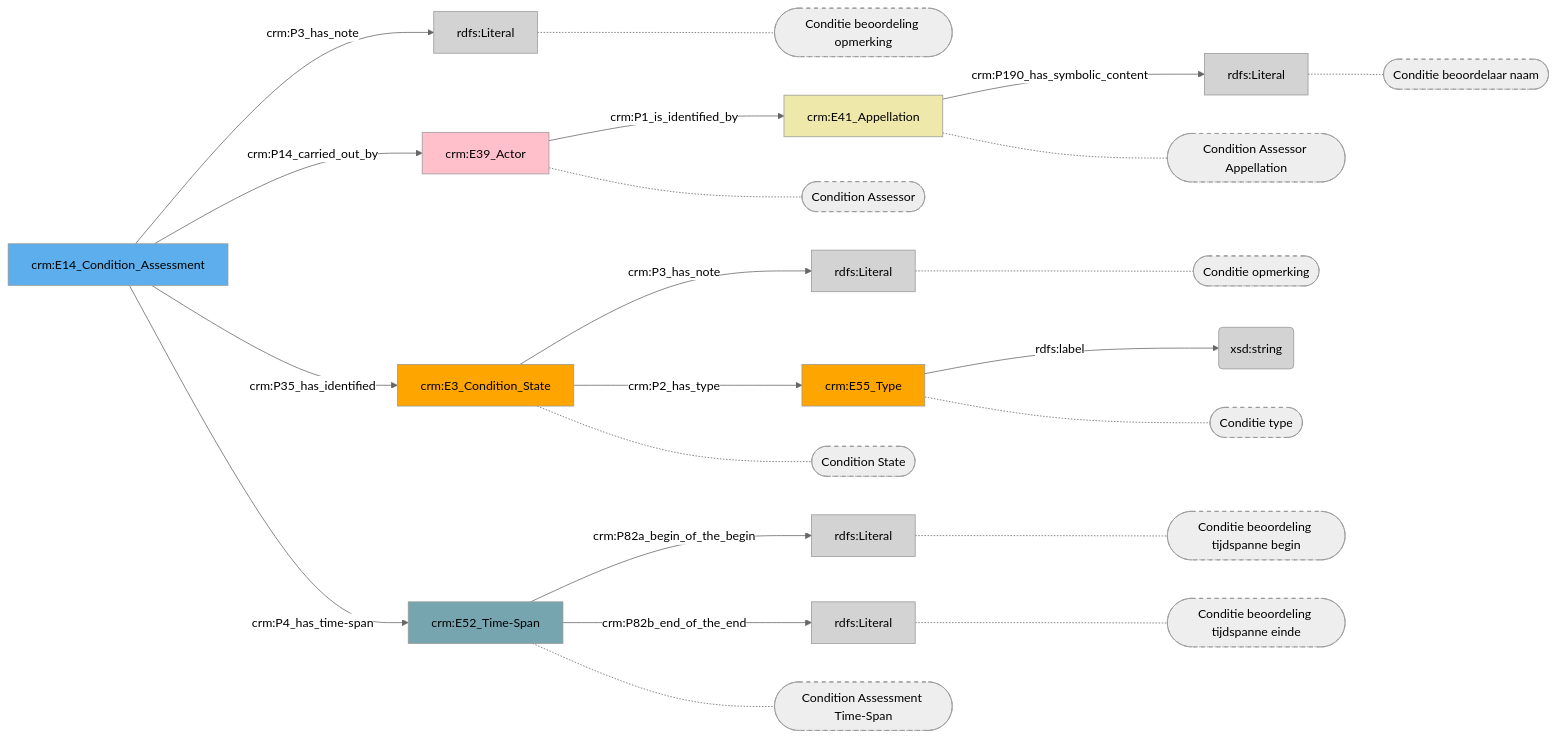
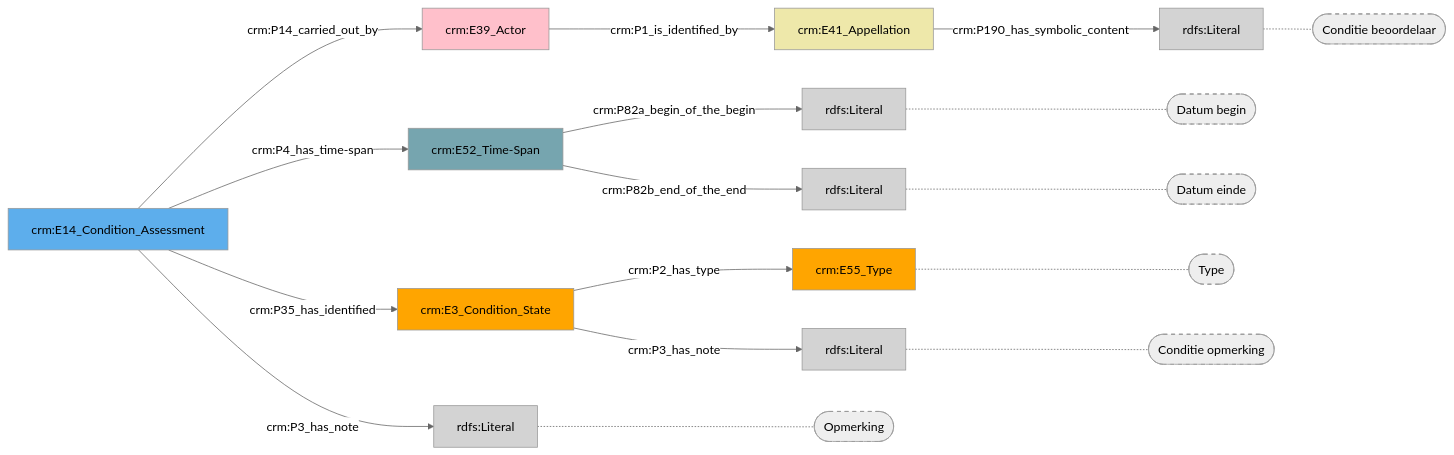
Before and after one commit to digipolisantwerpdocumentation/antwerp-cultureel-erfgoed: the diagram in docs/content/modellen/ConditionAssessment/FysiekeKenmerken.md, drawn with Mermaid (neutral theme). The commit also changed 170 other files, not shown here.

````diff
--- a/docs/content/modellen/ConditionAssessment/FysiekeKenmerken.md
+++ b/docs/content/modellen/ConditionAssessment/FysiekeKenmerken.md
@@ -1,46 +1,36 @@
 ```mermaid
 graph LR
-42069382-efef-11ed-9232-00163e71351b["crm:E14_Condition_Assessment"]-->|"crm:P3_has_note"|54d1777a-efef-11ed-9064-00163e71351b(rdfs:Literal)
-5b73562a-efef-11ed-9655-00163e71351b["crm:E52_Time-Span"]-->|"crm:P82a_begin_of_the_begin"|5b735a9e-efef-11ed-9655-00163e71351b(rdfs:Literal)
-5b73562a-efef-11ed-9655-00163e71351b["crm:E52_Time-Span"]-->|"crm:P82b_end_of_the_end"|5b735bd4-efef-11ed-9655-00163e71351b(rdfs:Literal)
-64ad1118-efef-11ed-9064-00163e71351b["crm:E41_Appellation"]-->|"crm:P190_has_symbolic_content"|64ad0f6a-efef-11ed-9064-00163e71351b(rdfs:Literal)
-6ba16686-efef-11ed-9655-00163e71351b["crm:E3_Condition_State"]-->|"crm:P3_has_note"|6ba16cf8-efef-11ed-9655-00163e71351b(rdfs:Literal)
-6ba16e6a-efef-11ed-9655-00163e71351b["crm:E55_Type"]-->|"rdfs:label"|6ba16b40-efef-11ed-9655-00163e71351b(xsd:string)
-42069382-efef-11ed-9232-00163e71351b["crm:E14_Condition_Assessment"]-->|"crm:P14_carried_out_by"|64ad0aba-efef-11ed-9064-00163e71351b["crm:E39_Actor"]
-42069382-efef-11ed-9232-00163e71351b["crm:E14_Condition_Assessment"]-->|"crm:P35_has_identified"|6ba16686-efef-11ed-9655-00163e71351b["crm:E3_Condition_State"]
-42069382-efef-11ed-9232-00163e71351b["crm:E14_Condition_Assessment"]-->|"crm:P4_has_time-span"|5b73562a-efef-11ed-9655-00163e71351b["crm:E52_Time-Span"]
-64ad0aba-efef-11ed-9064-00163e71351b["crm:E39_Actor"]-->|"crm:P1_is_identified_by"|64ad1118-efef-11ed-9064-00163e71351b["crm:E41_Appellation"]
-6ba16686-efef-11ed-9655-00163e71351b["crm:E3_Condition_State"]-->|"crm:P2_has_type"|6ba16e6a-efef-11ed-9655-00163e71351b["crm:E55_Type"]
-64ad0aba-efef-11ed-9064-00163e71351b["crm:E39_Actor"]-.-64ad0aba-efef-11ed-9064-00163e71351b_s(["Condition Assessor"])
-54d1777a-efef-11ed-9064-00163e71351b["rdfs:Literal"]-.-54d1777a-efef-11ed-9064-00163e71351b_s(["Conditie beoordeling opmerking"])
-6ba16686-efef-11ed-9655-00163e71351b["crm:E3_Condition_State"]-.-6ba16686-efef-11ed-9655-00163e71351b_s(["Condition State"])
-5b73562a-efef-11ed-9655-00163e71351b["crm:E52_Time-Span"]-.-5b73562a-efef-11ed-9655-00163e71351b_s(["Condition Assessment Time-Span"])
-5b735a9e-efef-11ed-9655-00163e71351b["rdfs:Literal"]-.-5b735a9e-efef-11ed-9655-00163e71351b_s(["Conditie beoordeling tijdspanne begin"])
-5b735bd4-efef-11ed-9655-00163e71351b["rdfs:Literal"]-.-5b735bd4-efef-11ed-9655-00163e71351b_s(["Conditie beoordeling tijdspanne einde"])
-64ad1118-efef-11ed-9064-00163e71351b["crm:E41_Appellation"]-.-64ad1118-efef-11ed-9064-00163e71351b_s(["Condition Assessor Appellation"])
-64ad0f6a-efef-11ed-9064-00163e71351b["rdfs:Literal"]-.-64ad0f6a-efef-11ed-9064-00163e71351b_s(["Conditie beoordelaar naam"])
-6ba16e6a-efef-11ed-9655-00163e71351b["crm:E55_Type"]-.-6ba16e6a-efef-11ed-9655-00163e71351b_s(["Conditie type"])
-6ba16cf8-efef-11ed-9655-00163e71351b["rdfs:Literal"]-.-6ba16cf8-efef-11ed-9655-00163e71351b_s(["Conditie opmerking"])
-style 64ad0aba-efef-11ed-9064-00163e71351b_s stroke-dasharray: 5
-style 54d1777a-efef-11ed-9064-00163e71351b_s stroke-dasharray: 5
-style 6ba16686-efef-11ed-9655-00163e71351b_s stroke-dasharray: 5
-style 5b73562a-efef-11ed-9655-00163e71351b_s stroke-dasharray: 5
-style 5b735a9e-efef-11ed-9655-00163e71351b_s stroke-dasharray: 5
-style 5b735bd4-efef-11ed-9655-00163e71351b_s stroke-dasharray: 5
-style 64ad1118-efef-11ed-9064-00163e71351b_s stroke-dasharray: 5
-style 64ad0f6a-efef-11ed-9064-00163e71351b_s stroke-dasharray: 5
-style 6ba16e6a-efef-11ed-9655-00163e71351b_s stroke-dasharray: 5
-style 6ba16cf8-efef-11ed-9655-00163e71351b_s stroke-dasharray: 5
 style 42069382-efef-11ed-9232-00163e71351b fill:#5DAEEC
 style 54d1777a-efef-11ed-9064-00163e71351b fill:#D3D3D3
 style 5b73562a-efef-11ed-9655-00163e71351b fill:#76A5AF
 style 5b735a9e-efef-11ed-9655-00163e71351b fill:#D3D3D3
 style 5b735bd4-efef-11ed-9655-00163e71351b fill:#D3D3D3
 style 64ad0aba-efef-11ed-9064-00163e71351b fill:#ffc0cb
 style 64ad0f6a-efef-11ed-9064-00163e71351b fill:#D3D3D3
 style 64ad1118-efef-11ed-9064-00163e71351b fill:#EEE8AA
 style 6ba16686-efef-11ed-9655-00163e71351b fill:#ffa500
-style 6ba16b40-efef-11ed-9655-00163e71351b fill:#D3D3D3
 style 6ba16cf8-efef-11ed-9655-00163e71351b fill:#D3D3D3
 style 6ba16e6a-efef-11ed-9655-00163e71351b fill:#ffa500
+42069382-efef-11ed-9232-00163e71351b["crm:E14_Condition_Assessment"]-->|"crm:P3_has_note"|54d1777a-efef-11ed-9064-00163e71351b(rdfs:Literal)
+5b73562a-efef-11ed-9655-00163e71351b["crm:E52_Time-Span"]-->|"crm:P82a_begin_of_the_begin"|5b735a9e-efef-11ed-9655-00163e71351b(rdfs:Literal)
+5b73562a-efef-11ed-9655-00163e71351b["crm:E52_Time-Span"]-->|"crm:P82b_end_of_the_end"|5b735bd4-efef-11ed-9655-00163e71351b(rdfs:Literal)
+64ad1118-efef-11ed-9064-00163e71351b["crm:E41_Appellation"]-->|"crm:P190_has_symbolic_content"|64ad0f6a-efef-11ed-9064-00163e71351b(rdfs:Literal)
+6ba16686-efef-11ed-9655-00163e71351b["crm:E3_Condition_State"]-->|"crm:P3_has_note"|6ba16cf8-efef-11ed-9655-00163e71351b(rdfs:Literal)
+54d1777a-efef-11ed-9064-00163e71351b["rdfs:Literal"]-.-54d1777a-efef-11ed-9064-00163e71351b_s(["Opmerking"])
+5b735a9e-efef-11ed-9655-00163e71351b["rdfs:Literal"]-.-5b735a9e-efef-11ed-9655-00163e71351b_s(["Datum begin"])
+5b735bd4-efef-11ed-9655-00163e71351b["rdfs:Literal"]-.-5b735bd4-efef-11ed-9655-00163e71351b_s(["Datum einde"])
+64ad0f6a-efef-11ed-9064-00163e71351b["rdfs:Literal"]-.-64ad0f6a-efef-11ed-9064-00163e71351b_s(["Conditie beoordelaar"])
+6ba16e6a-efef-11ed-9655-00163e71351b["crm:E55_Type"]-.-6ba16e6a-efef-11ed-9655-00163e71351b_s(["Type"])
+6ba16cf8-efef-11ed-9655-00163e71351b["rdfs:Literal"]-.-6ba16cf8-efef-11ed-9655-00163e71351b_s(["Conditie opmerking"])
+style 54d1777a-efef-11ed-9064-00163e71351b_s stroke-dasharray: 5
+style 5b735a9e-efef-11ed-9655-00163e71351b_s stroke-dasharray: 5
+style 5b735bd4-efef-11ed-9655-00163e71351b_s stroke-dasharray: 5
+style 64ad0f6a-efef-11ed-9064-00163e71351b_s stroke-dasharray: 5
+style 6ba16e6a-efef-11ed-9655-00163e71351b_s stroke-dasharray: 5
+style 6ba16cf8-efef-11ed-9655-00163e71351b_s stroke-dasharray: 5
+42069382-efef-11ed-9232-00163e71351b["crm:E14_Condition_Assessment"]-->|"crm:P14_carried_out_by"|64ad0aba-efef-11ed-9064-00163e71351b["crm:E39_Actor"]
+42069382-efef-11ed-9232-00163e71351b["crm:E14_Condition_Assessment"]-->|"crm:P35_has_identified"|6ba16686-efef-11ed-9655-00163e71351b["crm:E3_Condition_State"]
+42069382-efef-11ed-9232-00163e71351b["crm:E14_Condition_Assessment"]-->|"crm:P4_has_time-span"|5b73562a-efef-11ed-9655-00163e71351b["crm:E52_Time-Span"]
+64ad0aba-efef-11ed-9064-00163e71351b["crm:E39_Actor"]-->|"crm:P1_is_identified_by"|64ad1118-efef-11ed-9064-00163e71351b["crm:E41_Appellation"]
+6ba16686-efef-11ed-9655-00163e71351b["crm:E3_Condition_State"]-->|"crm:P2_has_type"|6ba16e6a-efef-11ed-9655-00163e71351b["crm:E55_Type"]
 ```
````
